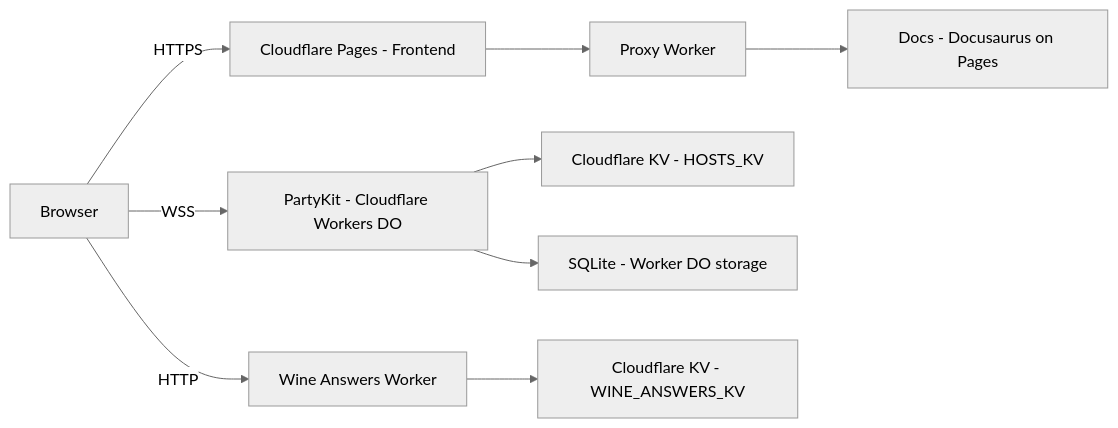
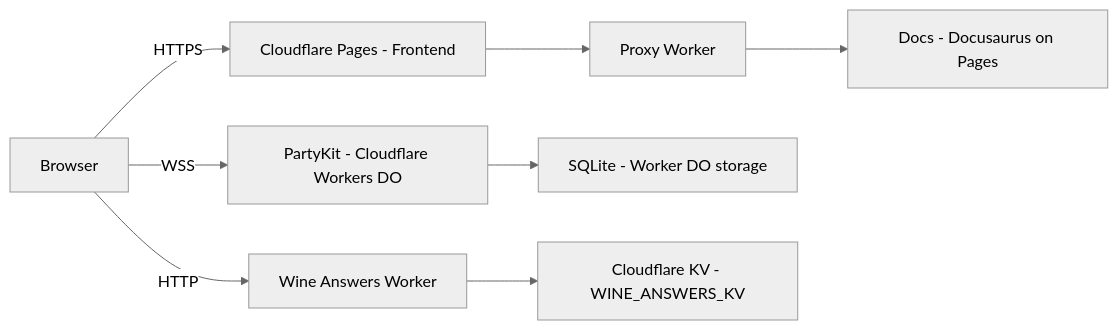
One commit to francoiducat/sommelier-arena changed the diagram in docs-site/docs/deployment-guide.md. Above: the diagram before and after it, drawn with Mermaid (neutral theme). The commit also changed other lines of this file and 6 other files, not shown here.

````diff
--- a/docs-site/docs/deployment-guide.md
+++ b/docs-site/docs/deployment-guide.md
@@ -17,11 +17,10 @@
 ```mermaid
 flowchart LR
   Browser -->|HTTPS| Pages[Cloudflare Pages - Frontend]
   Browser -->|WSS| PartyKit[PartyKit - Cloudflare Workers DO]
   Pages --> Proxy[Proxy Worker]
   Proxy --> Docs[Docs - Docusaurus on Pages]
-  PartyKit --> KV[Cloudflare KV - HOSTS_KV]
   PartyKit --> SQLite[SQLite - Worker DO storage]
   Browser -->|HTTP| WineAnswers[Wine Answers Worker]
   WineAnswers --> WAKV[Cloudflare KV - WINE_ANSWERS_KV]
 ```
````
